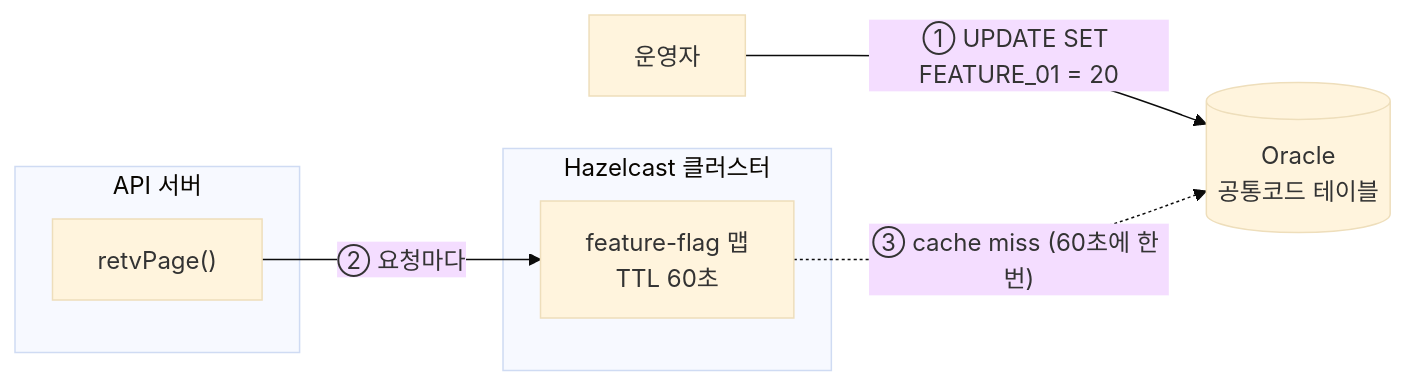
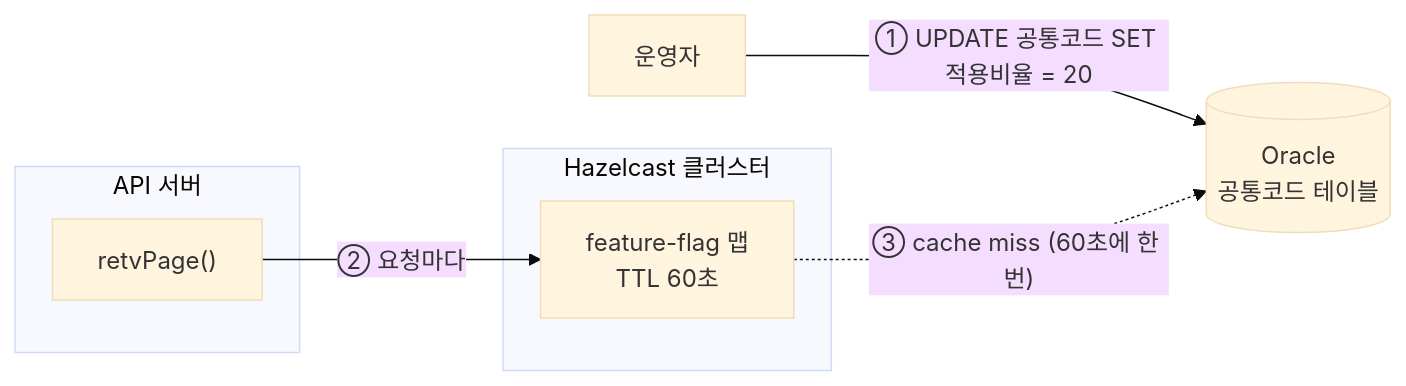
The second of 2 diagrams in _posts/2026-08-27-API에-캐시와-페이지-테이블-달아준-썰.md (electronyoon/electronyoon.github.io), drawn with Mermaid (base theme) before and after one commit. The commit also changed other lines of this file, not shown here.

````diff
--- a/_posts/2026-08-27-API에-캐시와-페이지-테이블-달아준-썰.md
+++ b/_posts/2026-08-27-API에-캐시와-페이지-테이블-달아준-썰.md
@@ -413,15 +372,15 @@
 ```mermaid
 flowchart LR
     OP["운영자"]
     DB[("Oracle<br/>공통코드 테이블")]
     subgraph HZ["Hazelcast 클러스터"]
         FMAP["feature-flag 맵<br/>TTL 60초"]
     end
     subgraph API["API 서버"]
         SVC["retvPage()"]
     end
 
-    OP -->|"① UPDATE SET FEATURE_01 = 20"| DB
+    OP -->|"① UPDATE 공통코드 SET 적용비율 = 20"| DB
     SVC -->|"② 요청마다"| FMAP
     FMAP -.->|"③ cache miss (60초에 한 번)"| DB
 ```
````
